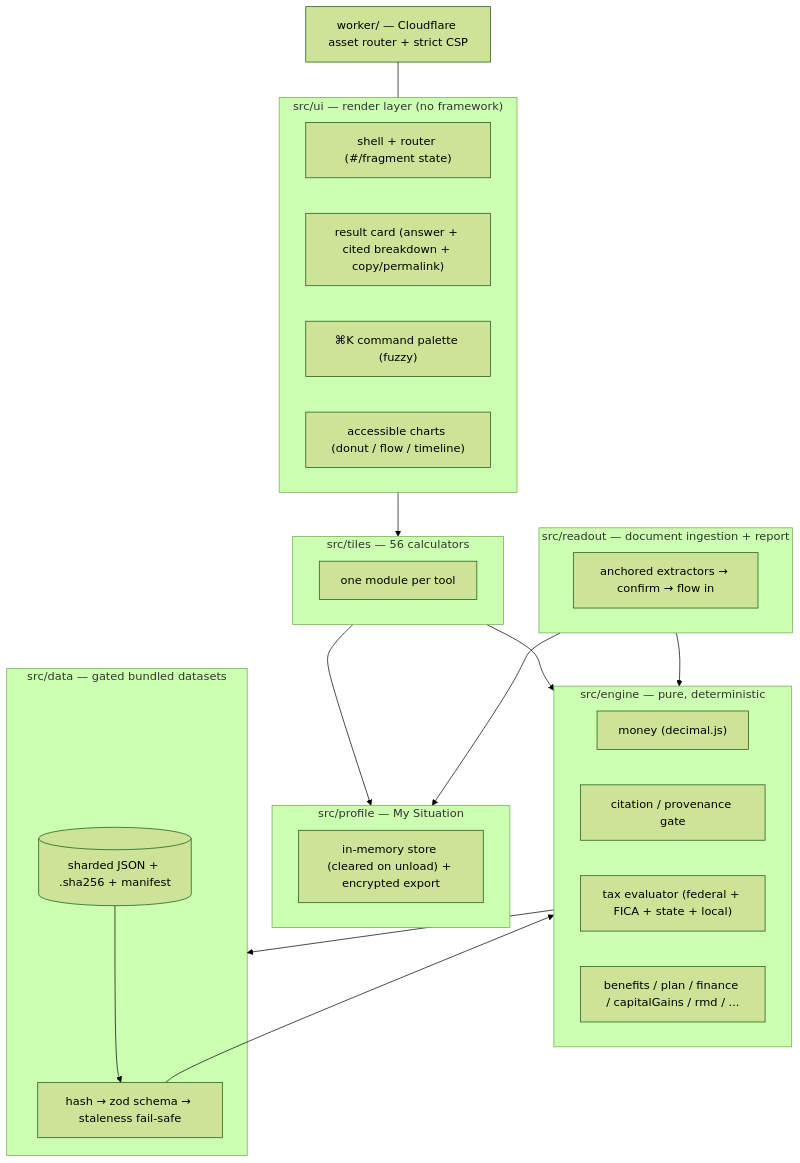
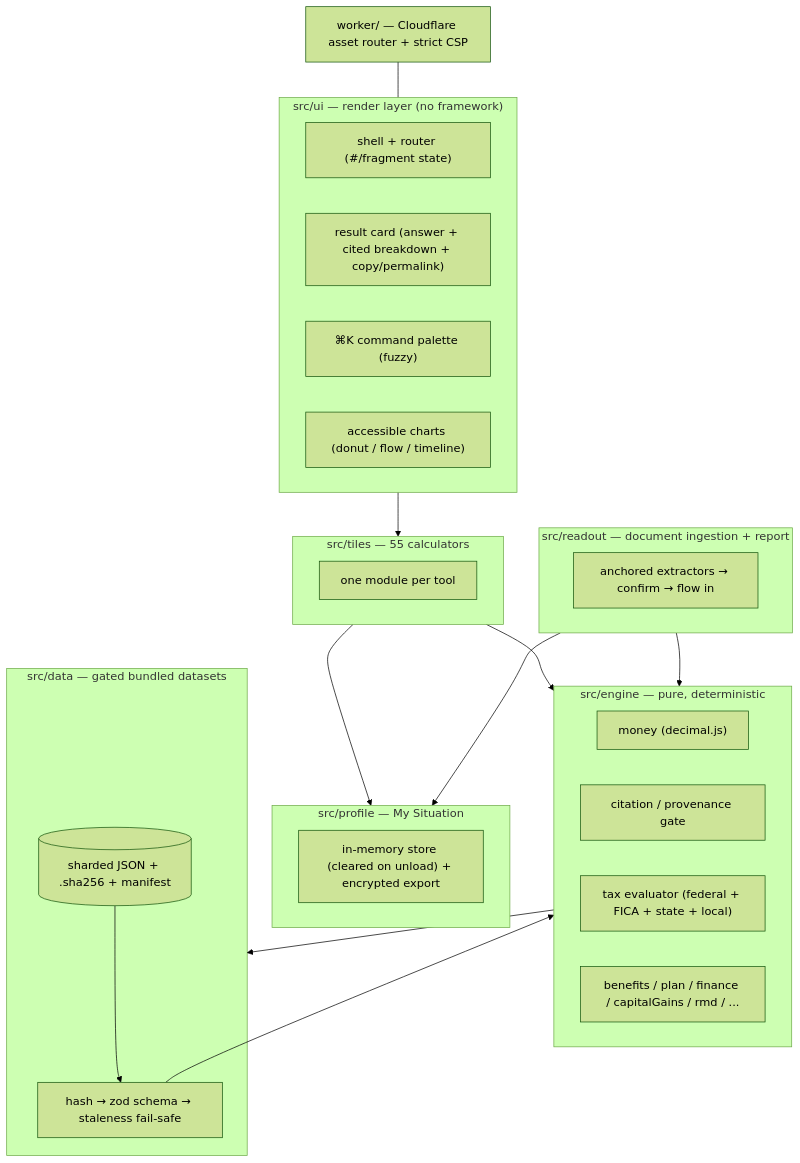
Before and after one commit to clay-good/enklayve: the second of 6 diagrams in README.md, drawn with Mermaid (forest theme). The commit also changed other lines of this file and 5 other files, not shown here.

````diff
--- a/README.md
+++ b/README.md
@@ -209,36 +223,36 @@
 ```mermaid
 flowchart TD
     subgraph UI["src/ui — render layer (no framework)"]
         SH["shell + router (#/fragment state)"]
         RC["result card (answer + cited breakdown + copy/permalink)"]
         CP["⌘K command palette (fuzzy)"]
         CH["accessible charts (donut / flow / timeline)"]
     end
-    subgraph TILES["src/tiles — 56 calculators"]
+    subgraph TILES["src/tiles — 55 calculators"]
         T1["one module per tool"]
     end
     subgraph PROFILE["src/profile — My Situation"]
         PS["in-memory store (cleared on unload) + encrypted export"]
     end
     subgraph READOUT["src/readout — document ingestion + report"]
         RX["anchored extractors → confirm → flow in"]
     end
     subgraph ENGINE["src/engine — pure, deterministic"]
         MN["money (decimal.js)"]
         CI["citation / provenance gate"]
         TAX["tax evaluator (federal + FICA + state + local)"]
         BEN["benefits / plan / finance / capitalGains / rmd / ..."]
     end
     subgraph DATA["src/data — gated bundled datasets"]
         LO["hash → zod schema → staleness fail-safe"]
         DS[("sharded JSON + .sha256 + manifest")]
     end
     TILES --> ENGINE
     READOUT --> ENGINE
     TILES --> PROFILE
     READOUT --> PROFILE
     UI --> TILES
     ENGINE --> DATA
     DS --> LO --> ENGINE
     WORKER["worker/ — Cloudflare asset router + strict CSP"] --- UI
 ```
````
